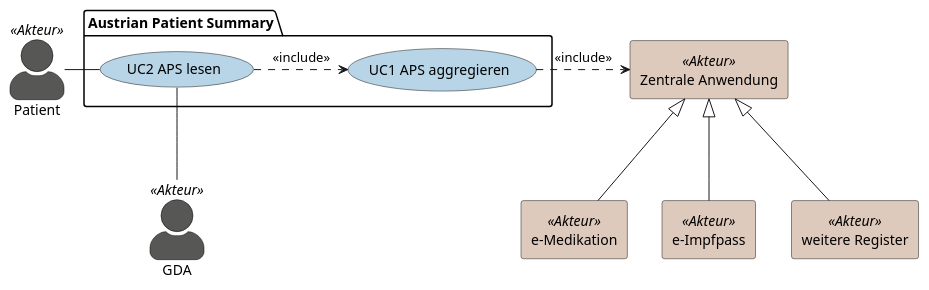
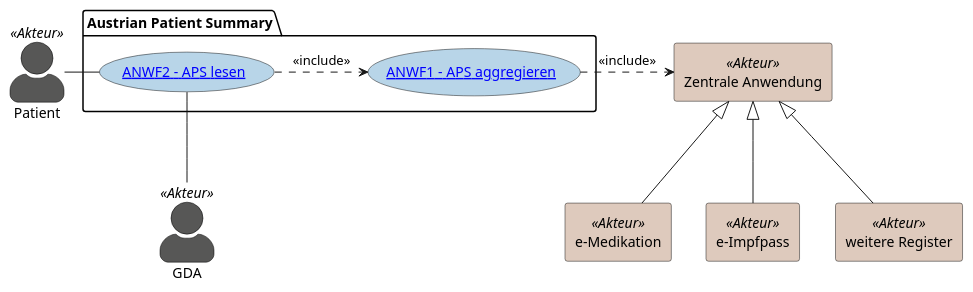
One commit to HL7Austria/ELGA-AustrianPatientSummary-R4 changed the diagram in input/images-source/aps-uml.plantuml. Above: the diagram before and after it, drawn with PlantUML. The commit also changed 5 other files, not shown here.

```diff
--- a/input/images-source/aps-uml.plantuml
+++ b/input/images-source/aps-uml.plantuml
@@ -1,43 +1,43 @@
 @startuml
 skinparam actorStyle awesome
 
 skinparam actor<<Akteur>> {
   BackgroundColor #575756
   BorderColor Black
 }
 
 skinparam rectangle<<Akteur>> {
   BackgroundColor #decabd
   ActorFontName Courier
 }
 
 skinparam usecase {
   BackgroundColor #b8d5e8
   ActorFontName Courier
 }
 
 top to bottom direction
 actor Patient <<Akteur>> as patient
 actor GDA <<Akteur>> as gda
 rectangle "e-Medikation"<<Akteur>> as reg_emed
 rectangle "e-Impfpass"<<Akteur>> as reg_impf
 rectangle "weitere Register"<<Akteur>> as reg_etc
 rectangle "Zentrale Anwendung"<<Akteur>> as zentr_Anwendung
 
 package "Austrian Patient Summary" {
-  usecase "UC1 APS aggregieren" as UC1
-  usecase "UC2 APS lesen" as UC2
+  usecase "[[use_case_1.html ANWF1 - APS aggregieren]]" as UC1
+  usecase "[[use_case_2.html ANWF2 - APS lesen]]" as UC2
 }
 
 :patient: -right- UC2
 :gda: -up- UC2
 :UC2: .> UC1 : <<include>>
 UC1 .> zentr_Anwendung : <<include>>
 
 zentr_Anwendung <|-down- reg_emed
 zentr_Anwendung <|-down- reg_impf
 zentr_Anwendung <|-down- reg_etc
 
 
 
 @enduml
```
